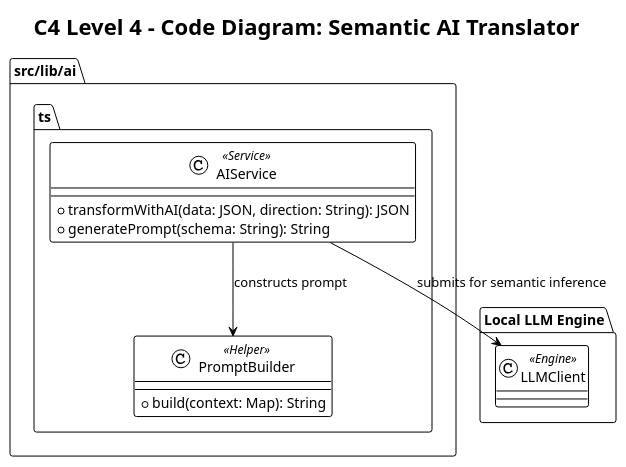
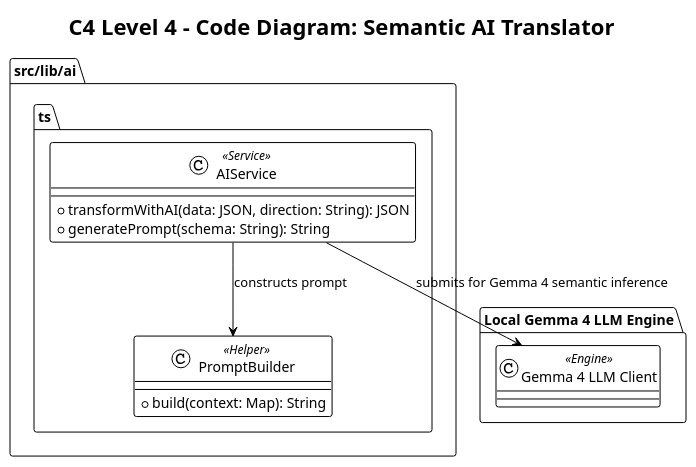
Before and after one commit to APC-SoCIT/APC-2026-2027-T1-IT241-Grp3-WAH4PCE-An-AI-Driven-Interoperability-Bridge-for-iHOMIS: the diagram in docs/MSYADD1/code_diagram/c4_component_code_diagram/Component_Diagram_Low_Level_Core_Services/Semantic_AI_Translator.puml, drawn with PlantUML. The commit also changed 7 other files, not shown here.

Commit message:
docs: update references to Local LLM Engine to Local Gemma 4 LLM Engine across diagrams and documentation

```diff
--- a/docs/MSYADD1/code_diagram/c4_component_code_diagram/Component_Diagram_Low_Level_Core_Services/Semantic_AI_Translator.puml
+++ b/docs/MSYADD1/code_diagram/c4_component_code_diagram/Component_Diagram_Low_Level_Core_Services/Semantic_AI_Translator.puml
@@ -1,23 +1,23 @@
 @startuml Semantic_AI_Translator
 !theme plain
 title C4 Level 4 - Code Diagram: Semantic AI Translator
 
 package "src/lib/ai.ts" {
     class AIService <<Service>> {
         + transformWithAI(data: JSON, direction: String): JSON
         + generatePrompt(schema: String): String
     }
     
     class PromptBuilder <<Helper>> {
         + build(context: Map): String
     }
 }
 
-package "Local LLM Engine" {
-    class LLMClient <<Engine>>
+package "Local Gemma 4 LLM Engine" {
+    class "Gemma 4 LLM Client" as Gemma4Client <<Engine>>
 }
 
 AIService --> PromptBuilder : constructs prompt
-AIService --> LLMClient : submits for semantic inference
+AIService --> Gemma4Client : submits for Gemma 4 semantic inference
 
 @enduml
```
